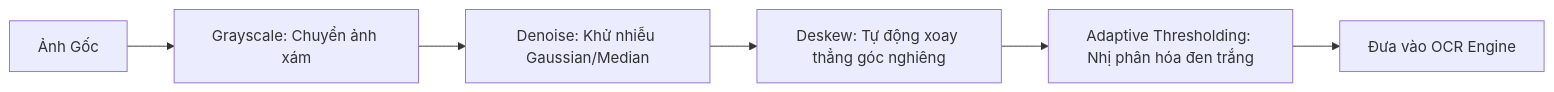
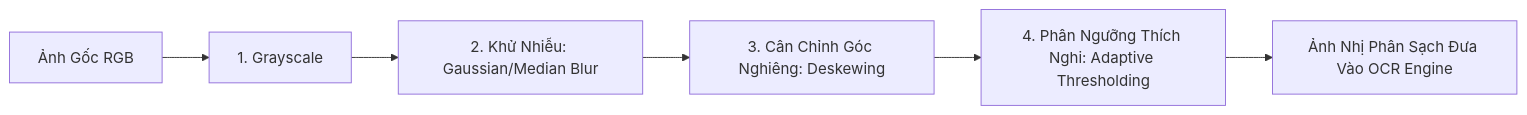
Before and after one commit to MinhLight2406/OCR_RAG__FastAPI: the first of 2 diagrams in learning/02-so-sanh-va-lua-chon-cong-nghe-ocr.md, drawn with Mermaid. The commit also changed other lines of this file and 8 other files, not shown here.

````diff
--- a/learning/02-so-sanh-va-lua-chon-cong-nghe-ocr.md
+++ b/learning/02-so-sanh-va-lua-chon-cong-nghe-ocr.md
@@ -59,8 +43,8 @@
 ```mermaid
-graph LR
-    A[Ảnh Gốc] --> B[Grayscale: Chuyển ảnh xám]
-    B --> C[Denoise: Khử nhiễu Gaussian/Median]
-    C --> D[Deskew: Tự động xoay thẳng góc nghiêng]
-    D --> E[Adaptive Thresholding: Nhị phân hóa đen trắng]
-    E --> F[Đưa vào OCR Engine]
+flowchart LR
+    A[Ảnh Gốc RGB] --> B[1. Grayscale]
+    B --> C[2. Khử Nhiễu: Gaussian/Median Blur]
+    C --> D[3. Cân Chỉnh Góc Nghiêng: Deskewing]
+    D --> E[4. Phân Ngưỡng Thích Nghi: Adaptive Thresholding]
+    E --> F[Ảnh Nhị Phân Sạch Đưa Vào OCR Engine]
 ```
````
